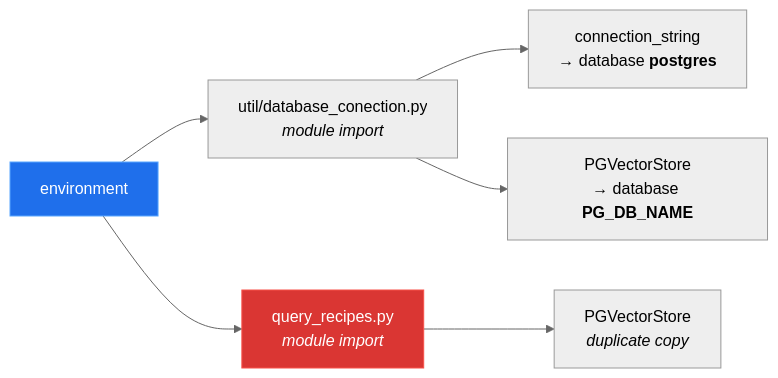
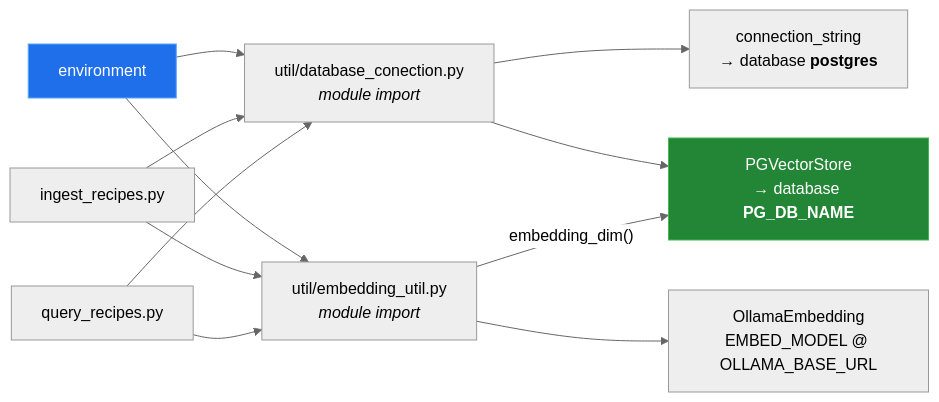
The diagram in docs/06-configuration.md (Bissbert/cookingRAG), drawn with Mermaid (neutral theme) before and after one commit. The commit also changed other lines of this file and 10 other files, not shown here.

````diff
--- a/docs/06-configuration.md
+++ b/docs/06-configuration.md
@@ -23,11 +27,16 @@
 ```mermaid
 flowchart LR
     ENV["environment"] --> DC["util/database_conection.py<br/><i>module import</i>"]
-    ENV --> QR["query_recipes.py<br/><i>module import</i>"]
+    ENV --> EU["util/embedding_util.py<br/><i>module import</i>"]
     DC --> CS["connection_string<br/>→ database <b>postgres</b>"]
-    DC --> VS1["PGVectorStore<br/>→ database <b>PG_DB_NAME</b>"]
-    QR --> VS2["PGVectorStore<br/><i>duplicate copy</i>"]
+    DC --> VS["PGVectorStore<br/>→ database <b>PG_DB_NAME</b>"]
+    EU --> EM["OllamaEmbedding<br/>EMBED_MODEL @ OLLAMA_BASE_URL"]
+    EU -- "embedding_dim()" --> VS
+    IR["ingest_recipes.py"] --> DC
+    QR["query_recipes.py"] --> DC
+    IR --> EU
+    QR --> EU
 
     style ENV fill:#1f6feb,stroke:#58a6ff,color:#fff
-    style QR fill:#da3633,stroke:#f85149,color:#fff
+    style VS fill:#238636,stroke:#3fb950,color:#fff
 ```
````
